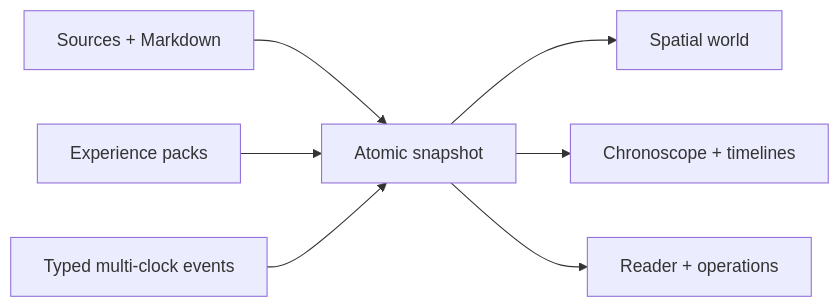
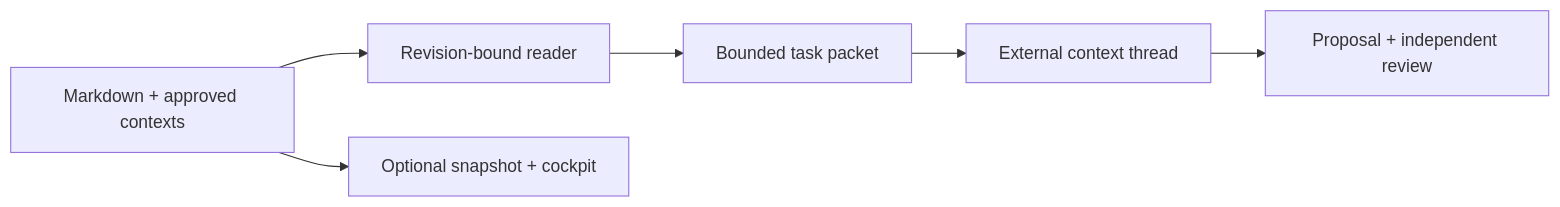
One commit to kimlage/wiki-viva-kit changed the diagram in README.md. Above: the diagram before and after it, drawn with Mermaid. The commit also changed other lines of this file and 13 other files, not shown here.

````diff
--- a/README.md
+++ b/README.md
@@ -17,9 +18,8 @@
 ```mermaid
 flowchart LR
-    Sources["Sources + Markdown"] --> Snapshot["Atomic snapshot"]
-    Packs["Experience packs"] --> Snapshot
-    Events["Typed multi-clock events"] --> Snapshot
-    Snapshot --> World["Spatial world"]
-    Snapshot --> Timeline["Chronoscope + timelines"]
-    Snapshot --> Reader["Reader + operations"]
+    Content["Markdown + approved contexts"] --> Reader["Revision-bound reader"]
+    Reader --> Packet["Bounded task packet"]
+    Packet --> Agent["External context thread"]
+    Agent --> Proposal["Proposal + independent review"]
+    Content --> Snapshot["Optional snapshot + cockpit"]
 ```
````
